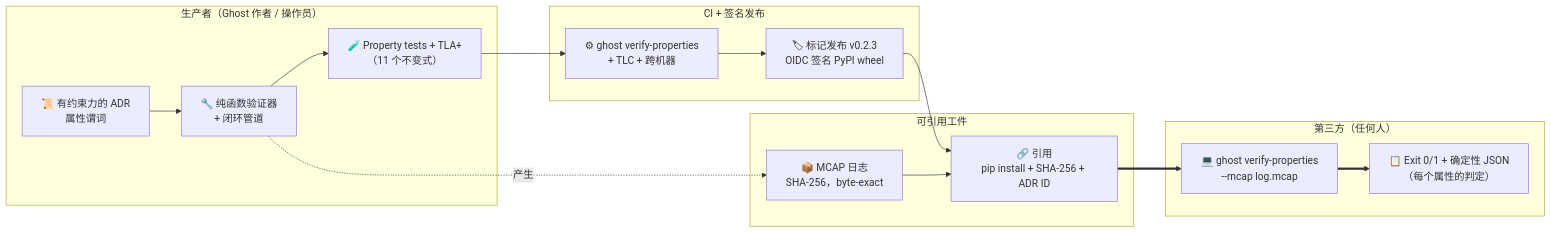
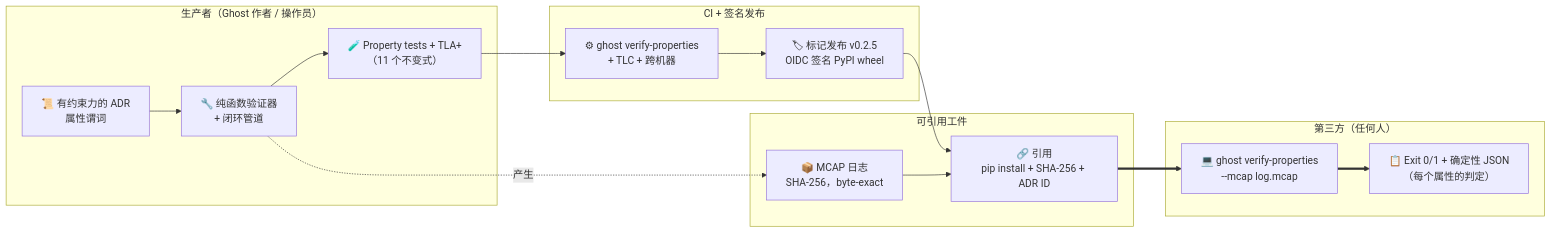
Before and after one commit to JFHelvetius/ghost: the diagram in docs/paper/zh/project_ghost_v0_2_ZH.md, drawn with Mermaid. The commit also changed other lines of this file and 2 other files, not shown here.

````diff
--- a/docs/paper/zh/project_ghost_v0_2_ZH.md
+++ b/docs/paper/zh/project_ghost_v0_2_ZH.md
@@ -183,29 +183,29 @@
 ```mermaid
 flowchart LR
     subgraph P["生产者（Ghost 作者 / 操作员）"]
         ADR["📜 有约束力的 ADR<br/>属性谓词"]
         Code["🔧 纯函数验证器<br/>+ 闭环管道"]
         Spec["🧪 Property tests + TLA+<br/>（11 个不变式）"]
     end
     subgraph R["CI + 签名发布"]
         CIv["⚙ ghost verify-properties<br/>+ TLC + 跨机器"]
-        Tag["🏷 标记发布 v0.2.3<br/>OIDC 签名 PyPI wheel"]
+        Tag["🏷 标记发布 v0.2.5<br/>OIDC 签名 PyPI wheel"]
     end
     subgraph A["可引用工件"]
         MCAP["📦 MCAP 日志<br/>SHA-256，byte-exact"]
         Cite["🔗 引用<br/>pip install + SHA-256 + ADR ID"]
     end
     subgraph V["第三方（任何人）"]
         Cmd["💻 ghost verify-properties<br/>--mcap log.mcap"]
         Out["📋 Exit 0/1 + 确定性 JSON<br/>（每个属性的判定）"]
     end
     ADR --> Code
     Code --> Spec
     Spec --> CIv
     CIv --> Tag
     Code -. 产生 .-> MCAP
     Tag --> Cite
     MCAP --> Cite
     Cite ==> Cmd
     Cmd ==> Out
 ```
````
